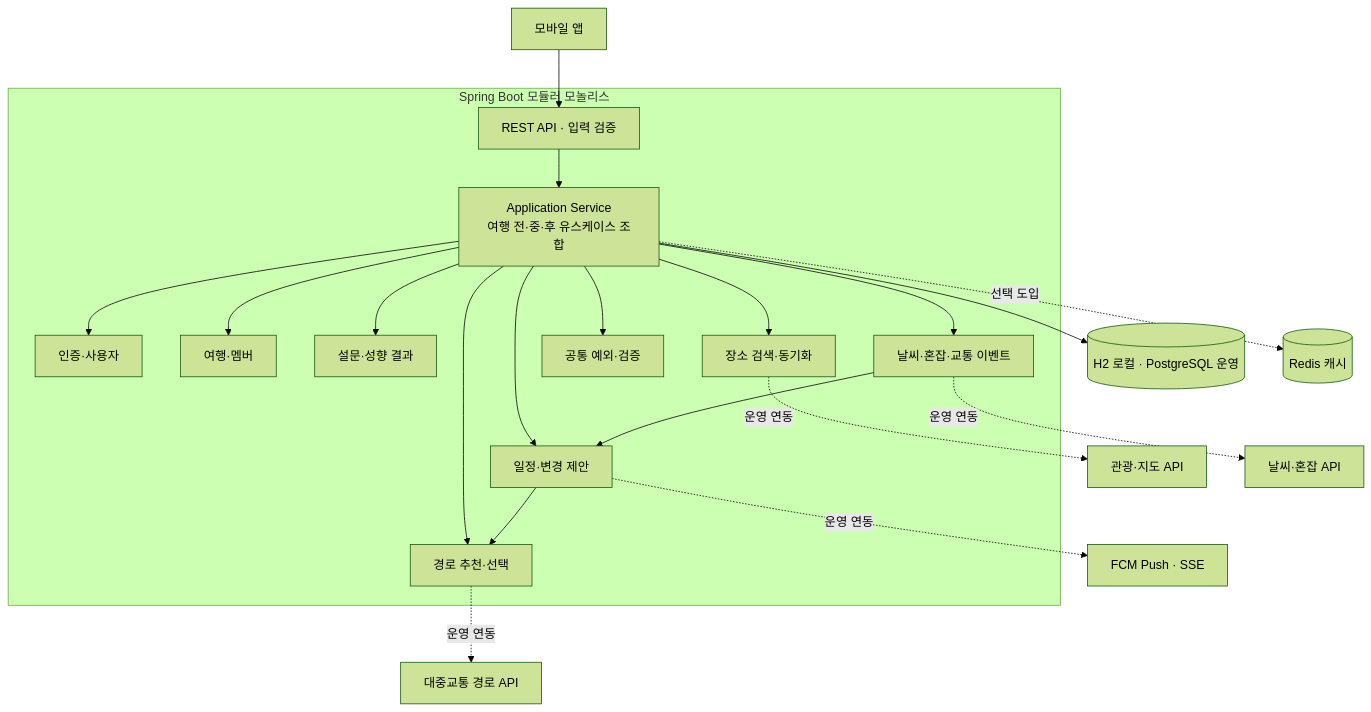
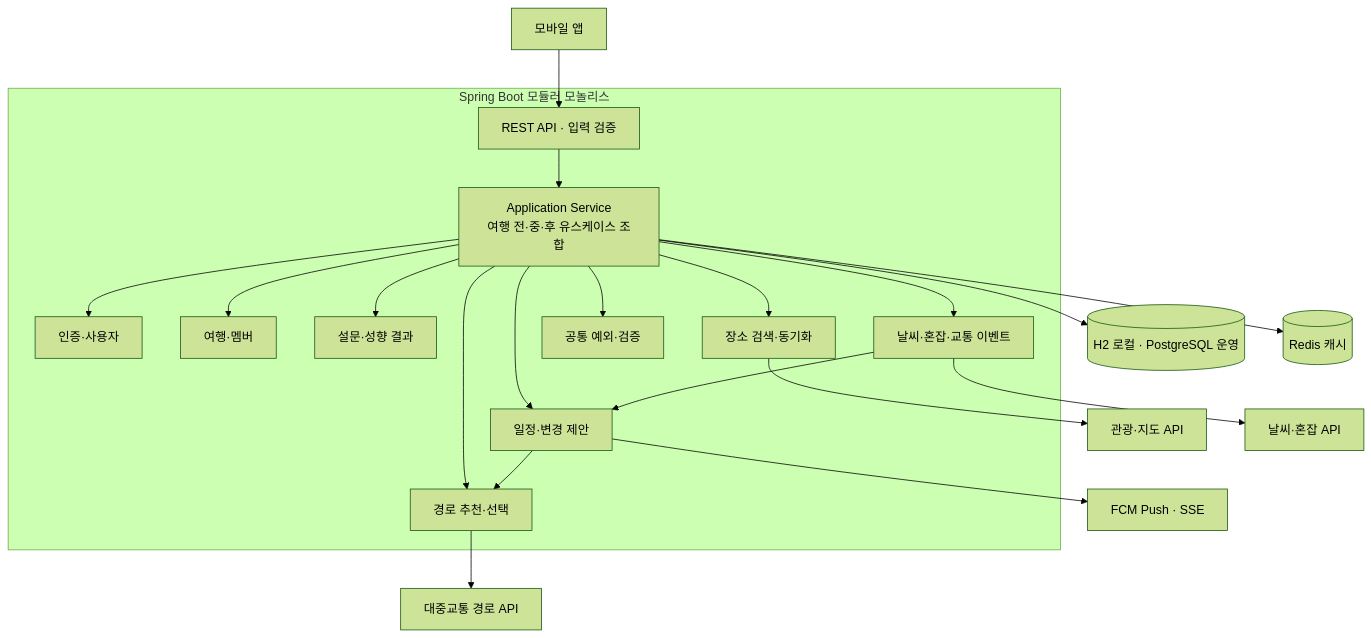
The second of 3 diagrams in docs/architecture/gayadi-service-design.md (TEAM-DOONOW/Gayadi-Server), drawn with Mermaid (forest theme) before and after one commit. The commit also changed other lines of this file and 6 other files, not shown here.

````diff
--- a/docs/architecture/gayadi-service-design.md
+++ b/docs/architecture/gayadi-service-design.md
@@ -192,27 +192,27 @@
 ```mermaid
 flowchart TB
     APP[모바일 앱] --> API[REST API · 입력 검증]
 
     subgraph SERVER[Spring Boot 모듈러 모놀리스]
         API --> USECASE[Application Service\n여행 전·중·후 유스케이스 조합]
 
         USECASE --> AUTH[인증·사용자]
         USECASE --> TRIP[여행·멤버]
         USECASE --> SURVEY[설문·성향 결과]
         USECASE --> PLAN[일정·변경 제안]
         USECASE --> PLACE[장소 검색·동기화]
         USECASE --> EVENT[날씨·혼잡·교통 이벤트]
         USECASE --> ROUTE[경로 추천·선택]
         USECASE --> COMMON[공통 예외·검증]
 
         EVENT --> PLAN
         PLAN --> ROUTE
     end
 
     USECASE --> DB[(H2 로컬 · PostgreSQL 운영)]
-    PLACE -. 운영 연동 .-> PLACE_API[관광·지도 API]
-    EVENT -. 운영 연동 .-> EVENT_API[날씨·혼잡 API]
-    ROUTE -. 운영 연동 .-> ROUTE_API[대중교통 경로 API]
-    PLAN -. 운영 연동 .-> PUSH[FCM Push · SSE]
-    USECASE -. 선택 도입 .-> REDIS[(Redis 캐시)]
+    PLACE --> PLACE_API[관광·지도 API]
+    EVENT --> EVENT_API[날씨·혼잡 API]
+    ROUTE --> ROUTE_API[대중교통 경로 API]
+    PLAN --> PUSH[FCM Push · SSE]
+    USECASE --> REDIS[(Redis 캐시)]
 ```
````
